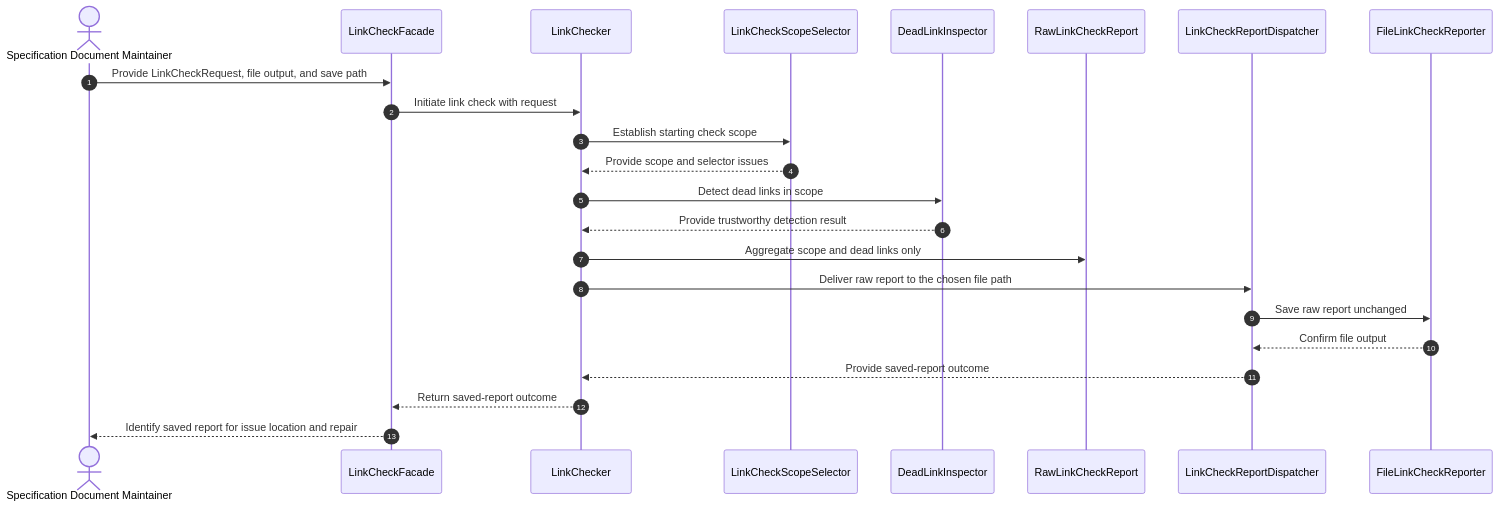
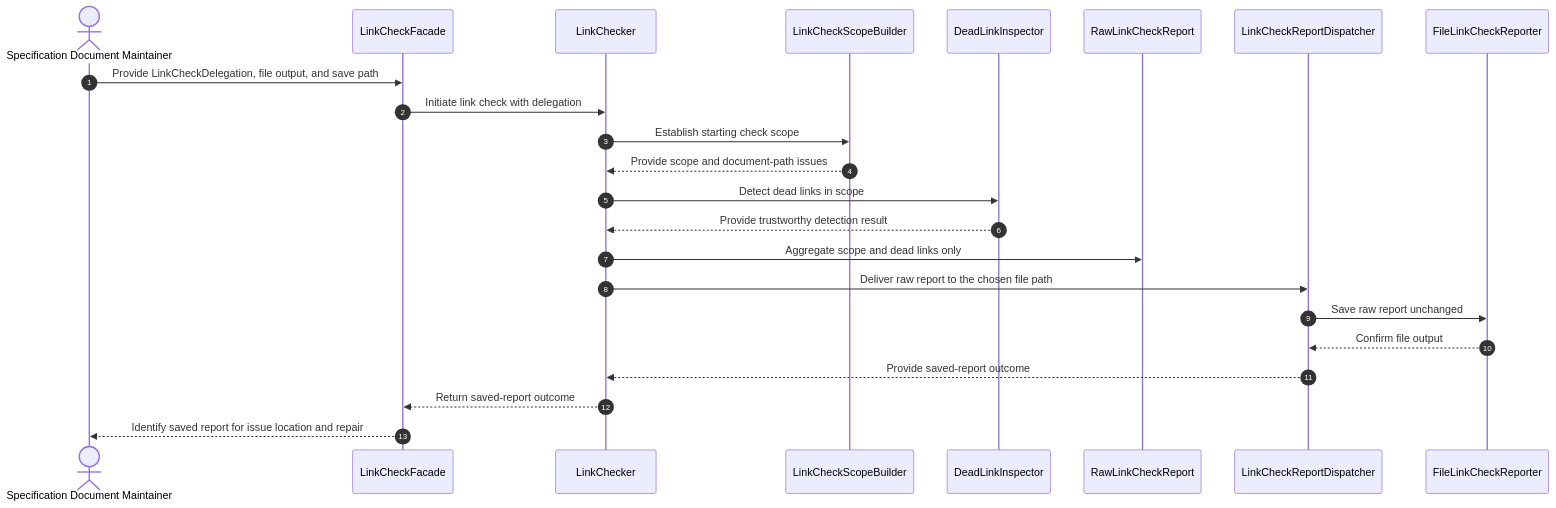
Before and after one commit to huang-xiao-jian/bluey: the third of 42 diagrams in specs/md-linkage/design.md, drawn with Mermaid. The commit also changed other lines of this file and 7 other files, not shown here.

Commit message:
docs(md-linkage): define delegation and scope builder

````diff
--- a/specs/md-linkage/design.md
+++ b/specs/md-linkage/design.md
@@ -303,26 +282,26 @@
 ```mermaid
 sequenceDiagram
     autonumber
     actor Maintainer as Specification Document Maintainer
     participant Submission as LinkCheckFacade
     participant Check as LinkChecker
-    participant Selection as LinkCheckScopeSelector
+    participant Selection as LinkCheckScopeBuilder
     participant Detection as DeadLinkInspector
     participant Report as RawLinkCheckReport
     participant Delivery as LinkCheckReportDispatcher
     participant File as FileLinkCheckReporter
 
-    Maintainer->>Submission: Provide LinkCheckRequest, file output, and save path
-    Submission->>Check: Initiate link check with request
+    Maintainer->>Submission: Provide LinkCheckDelegation, file output, and save path
+    Submission->>Check: Initiate link check with delegation
     Check->>Selection: Establish starting check scope
-    Selection-->>Check: Provide scope and selector issues
+    Selection-->>Check: Provide scope and document-path issues
     Check->>Detection: Detect dead links in scope
     Detection-->>Check: Provide trustworthy detection result
     Check->>Report: Aggregate scope and dead links only
     Check->>Delivery: Deliver raw report to the chosen file path
     Delivery->>File: Save raw report unchanged
     File-->>Delivery: Confirm file output
     Delivery-->>Check: Provide saved-report outcome
     Check-->>Submission: Return saved-report outcome
     Submission-->>Maintainer: Identify saved report for issue location and repair
 ```
````
